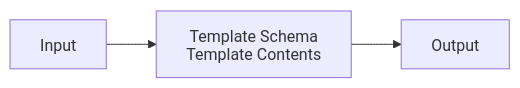
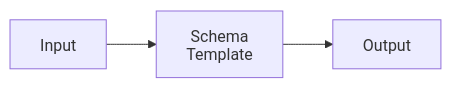
Before and after one commit to soyastudio/markit: the first of 4 diagrams in doc/README.md, drawn with Mermaid. The commit also changed other lines of this file, not shown here.

````diff
--- a/doc/README.md
+++ b/doc/README.md
@@ -6,12 +6,12 @@
 ```mermaid
 ---
 config:
   htmlLabels: false
 ---
 flowchart LR
     Input
-    TemplateFunction["`Template Schema
-    Template Contents`"]
+    TemplateFunction["`Schema
+    Template`"]
     Output
     Input --> TemplateFunction --> Output
 ```
````
